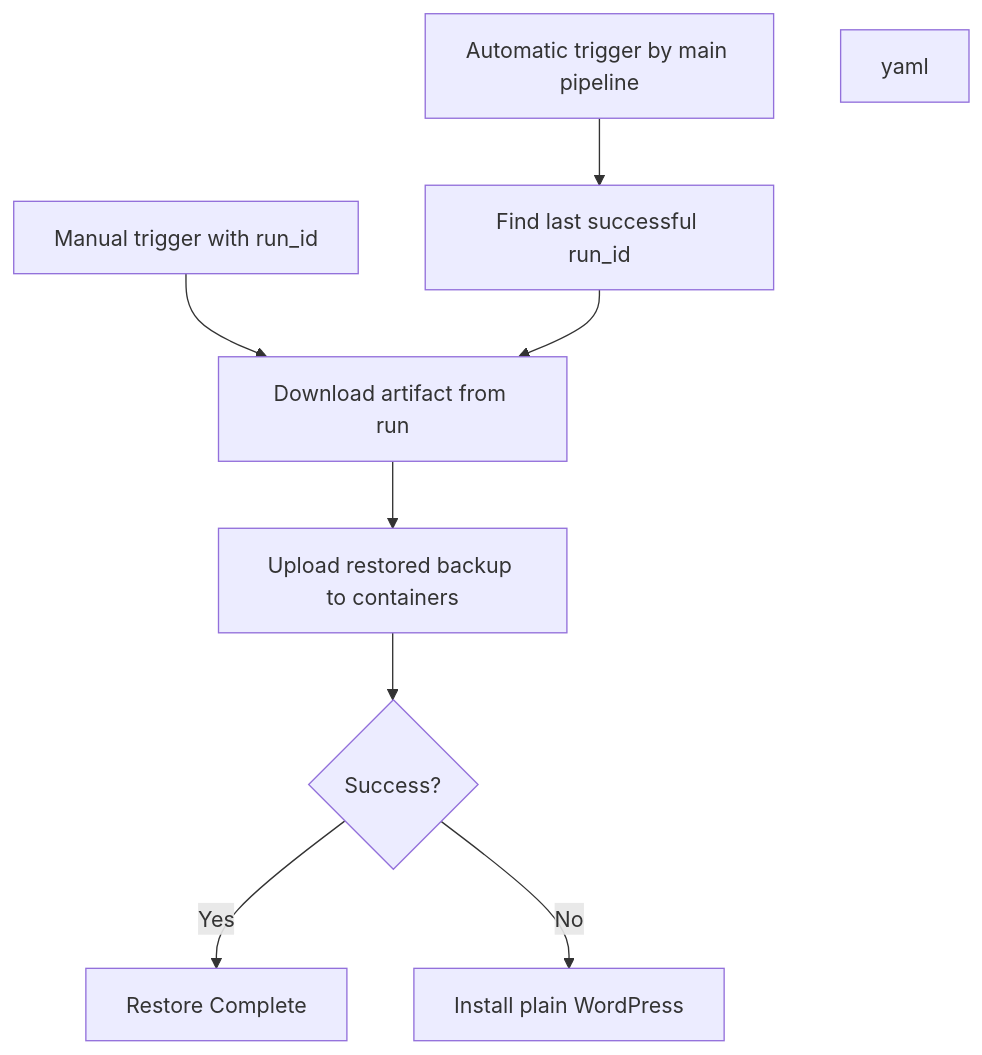
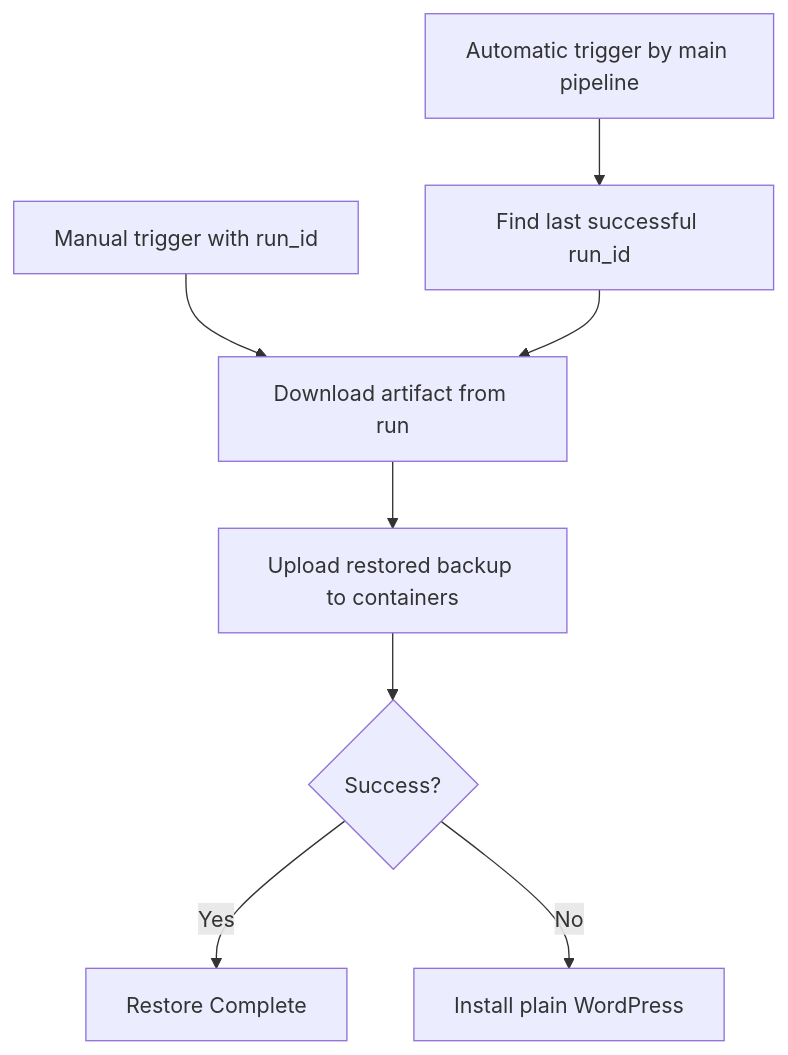
One commit to pazderskipawel/cicd_wp_demo changed the second of 2 diagrams in docs/workflows/backup-workflows.md. Above: the diagram before and after it, drawn with Mermaid. The commit also changed other lines of this file and 2 other files, not shown here.

Commit message:
changed all workflows to mermaid

```diff
--- a/docs/workflows/backup-workflows.md
+++ b/docs/workflows/backup-workflows.md
@@ -23,11 +23,10 @@
 <div class="mermaid">
 flowchart TD
     A[Manual trigger with run_id] --> D[Download artifact from run]
     B[Automatic trigger by main pipeline] --> C[Find last successful run_id]
     C --> D
     D --> E[Upload restored backup to containers]
     E --> F{Success?}
     F -->|Yes| G[Restore Complete]
     F -->|No| H[Install plain WordPress]
-yaml
 </div>
```
